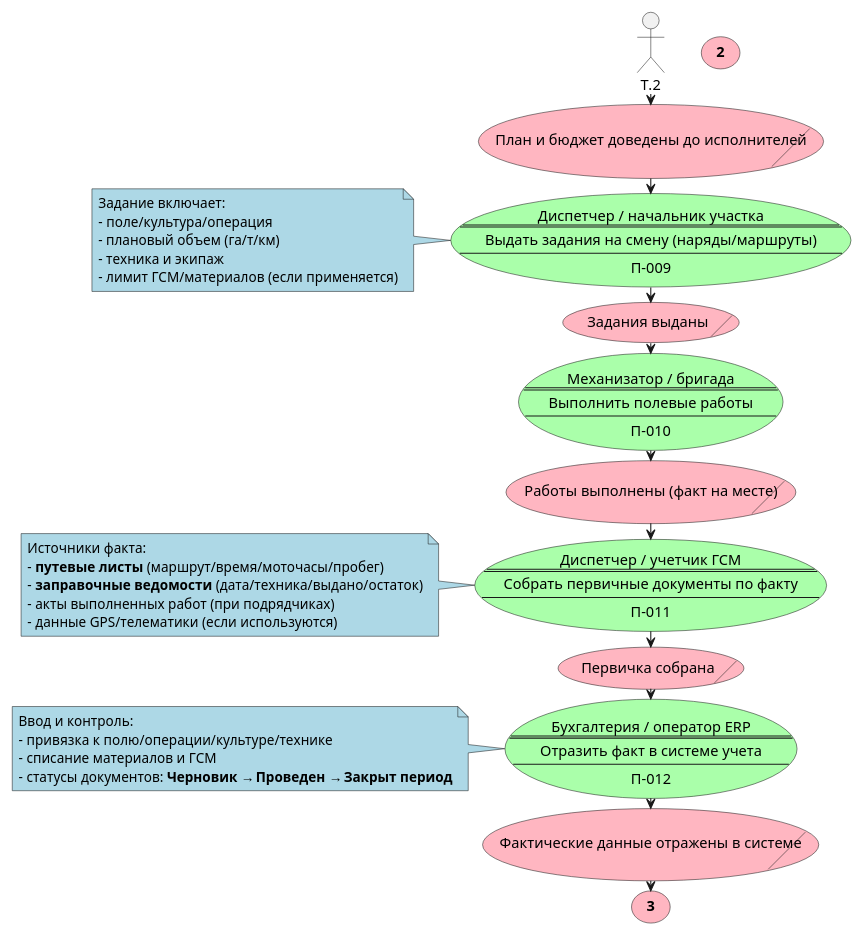
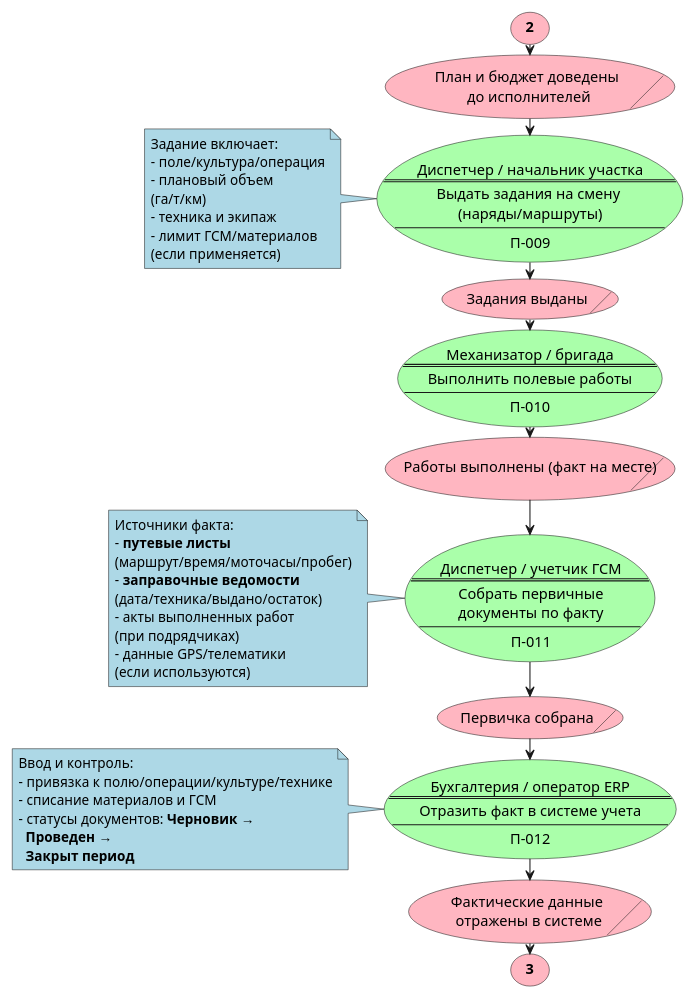
Before and after one commit to redokov/infostart2026: the third of 4 diagrams in docs/СхемаПроцесса.wsd, drawn with PlantUML. The commit also changed other lines of this file and 10 other files, not shown here.

Commit message:
скорректировал схему процесса

```diff
--- a/docs/СхемаПроцесса.wsd
+++ b/docs/СхемаПроцесса.wsd
@@ -206,89 +212,99 @@
 @startuml FieldWorksPlanningProcessPart3
 top to bottom direction
 skinparam ranksep 10
 skinparam dpi 80
 skinparam packageTitleAlignment left
 
 skinparam usecase {
   BackgroundColor LightPink
 }
 skinparam note {
   BackgroundColor LightBlue
 }
 skinparam rectangle {
   BackgroundColor LightGray
 }
 
 usecase Т.2 as "**2**"
 
-usecase/ С.12 as "План и бюджет доведены до исполнителей"
+usecase/ С.12 as "План и бюджет доведены\n до исполнителей"
 
 usecase Ф.9 #AAFFAA as "
 Диспетчер / начальник участка
 ====
-Выдать задания на смену (наряды/маршруты)
+Выдать задания на смену 
+(наряды/маршруты)
 ----
 П-009"
 note left of Ф.9
 Задание включает:
 - поле/культура/операция
-- плановый объем (га/т/км)
+- плановый объем
+(га/т/км)
 - техника и экипаж
-- лимит ГСМ/материалов (если применяется)
+- лимит ГСМ/материалов
+(если применяется)
 end note
 
 usecase/ С.13 as "Задания выданы"
 
 usecase Ф.10 #AAFFAA as "
 Механизатор / бригада
 ====
 Выполнить полевые работы
 ----
 П-010"
 
 usecase/ С.14 as "Работы выполнены (факт на месте)"
 
 usecase Ф.11 #AAFFAA as "
 Диспетчер / учетчик ГСМ
 ====
-Собрать первичные документы по факту
+Собрать первичные
+документы по факту
 ----
 П-011"
 note left of Ф.11
 Источники факта:
-- **путевые листы** (маршрут/время/моточасы/пробег)
-- **заправочные ведомости** (дата/техника/выдано/остаток)
-- акты выполненных работ (при подрядчиках)
-- данные GPS/телематики (если используются)
+- **путевые листы** 
+(маршрут/время/моточасы/пробег)
+- **заправочные ведомости** 
+(дата/техника/выдано/остаток)
+- акты выполненных работ
+(при подрядчиках)
+- данные GPS/телематики
+(если используются)
 end note
 
 usecase/ С.15 as "Первичка собрана"
 
 usecase Ф.12 #AAFFAA as "
 Бухгалтерия / оператор ERP
 ====
 Отразить факт в системе учета
 ----
 П-012"
 note left of Ф.12
 Ввод и контроль:
 - привязка к полю/операции/культуре/технике
 - списание материалов и ГСМ
-- статусы документов: **Черновик** → **Проведен** → **Закрыт период**
+- статусы документов: **Черновик** → 
+  **Проведен** → 
+  **Закрыт период**
 end note
 
-usecase/ С.16 as "Фактические данные отражены в системе"
+usecase/ С.16 as "Фактические данные\n отражены в системе"
 
 usecase Т.3 as "**3**"
 
-T.2 -d-> С.12
+Т.2 -d-> С.12
 С.12 -d-> Ф.9
 Ф.9 -d-> С.13
 С.13 -d-> Ф.10
 Ф.10 -d-> С.14
 С.14 -d-> Ф.11
 Ф.11 -d-> С.15
 С.15 -d-> Ф.12
 Ф.12 -d-> С.16
 С.16 -d-> Т.3
 @enduml
```
